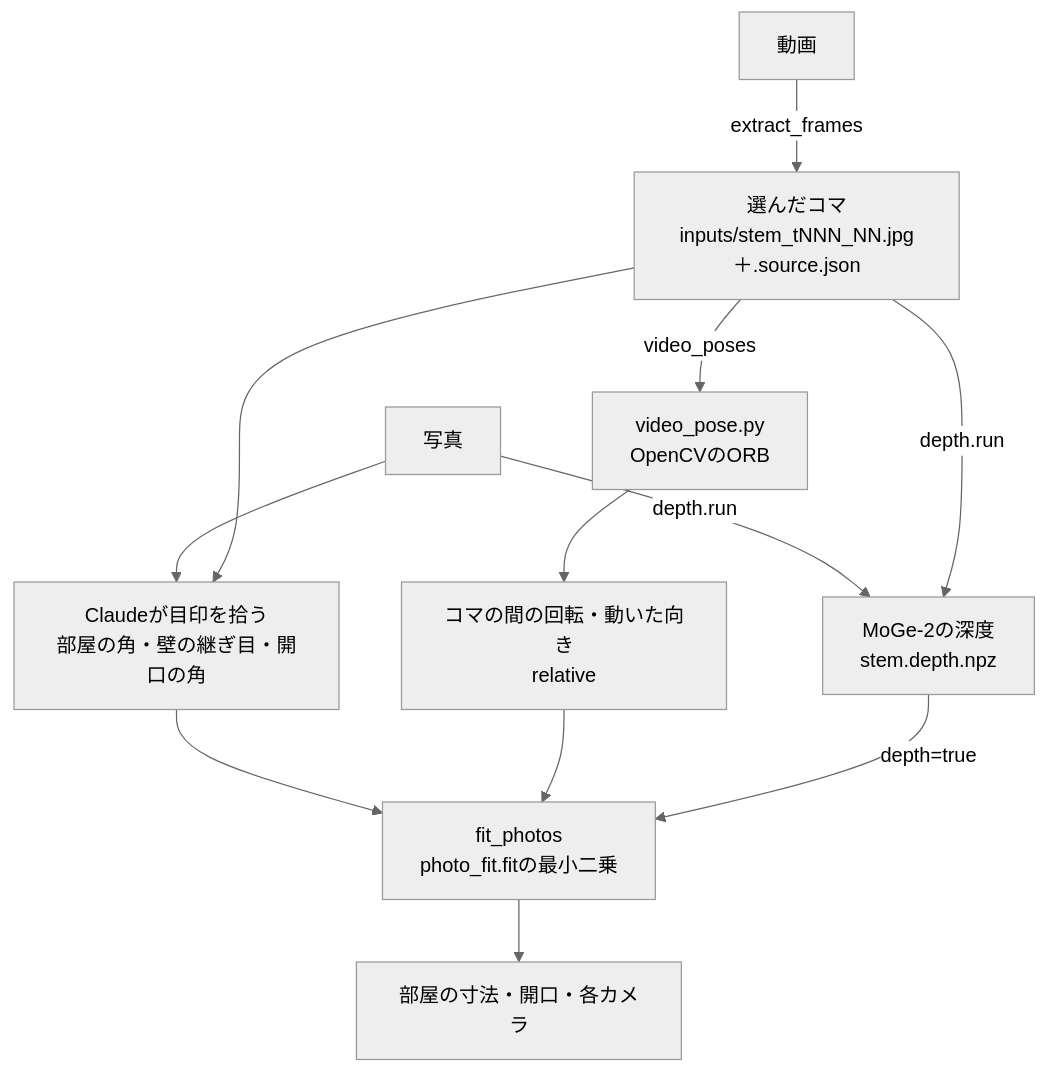
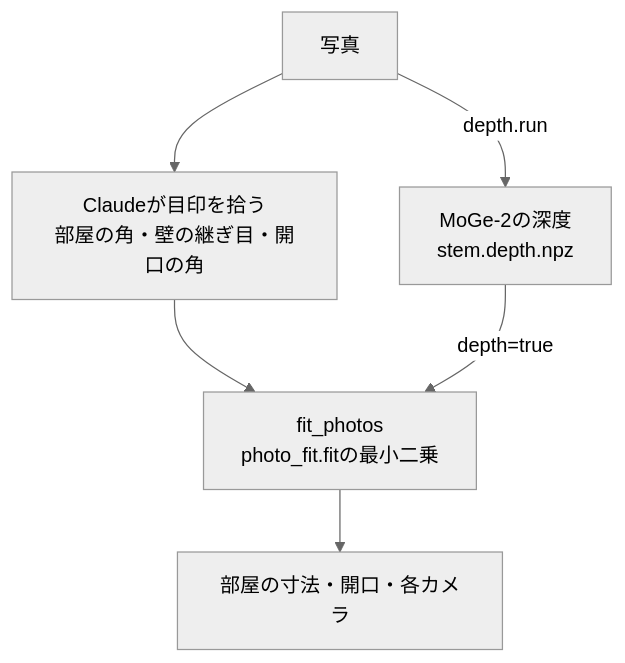
Diagram 12 of 13 in docs/architecture.md (atinfinity/agentic-sim-world-gen), drawn with Mermaid (neutral theme) before and after one commit. The commit also changed other lines of this file and 48 other files, not shown here.

````diff
--- a/docs/architecture.md
+++ b/docs/architecture.md
@@ -665,14 +665,8 @@
 ```mermaid
 flowchart TD
-    video["動画"] -->|"extract_frames"| frames["選んだコマ<br/>inputs/stem_tNNN_NN.jpg＋.source.json"]
-    photos["写真"] --> lm
-    frames --> lm["Claudeが目印を拾う<br/>部屋の角・壁の継ぎ目・開口の角"]
-    frames -->|"video_poses"| orb["video_pose.py<br/>OpenCVのORB"]
-    orb --> rel["コマの間の回転・動いた向き<br/>relative"]
+    photos["写真"] --> lm["Claudeが目印を拾う<br/>部屋の角・壁の継ぎ目・開口の角"]
     photos -->|"depth.run"| dep["MoGe-2の深度<br/>stem.depth.npz"]
-    frames -->|"depth.run"| dep
     lm --> fit["fit_photos<br/>photo_fit.fitの最小二乗"]
-    rel --> fit
     dep -->|"depth=true"| fit
     fit --> res["部屋の寸法・開口・各カメラ"]
 ```
````
